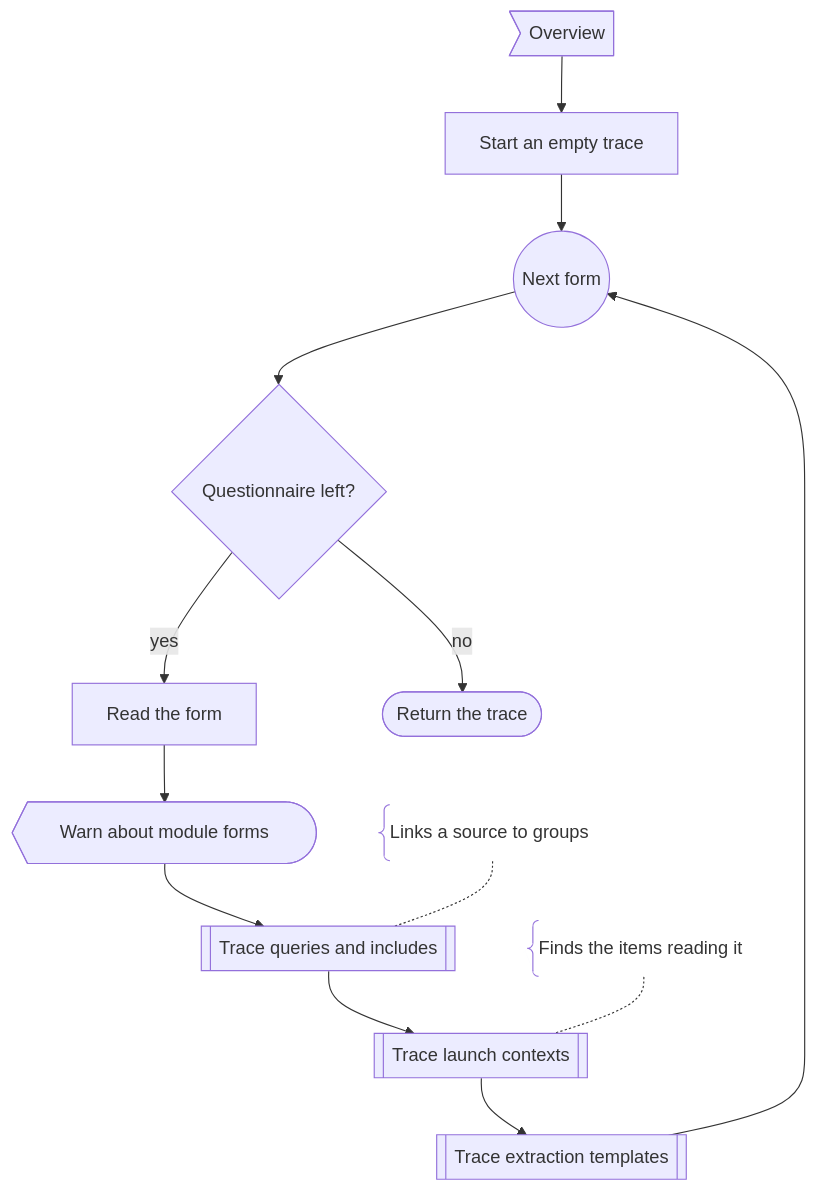
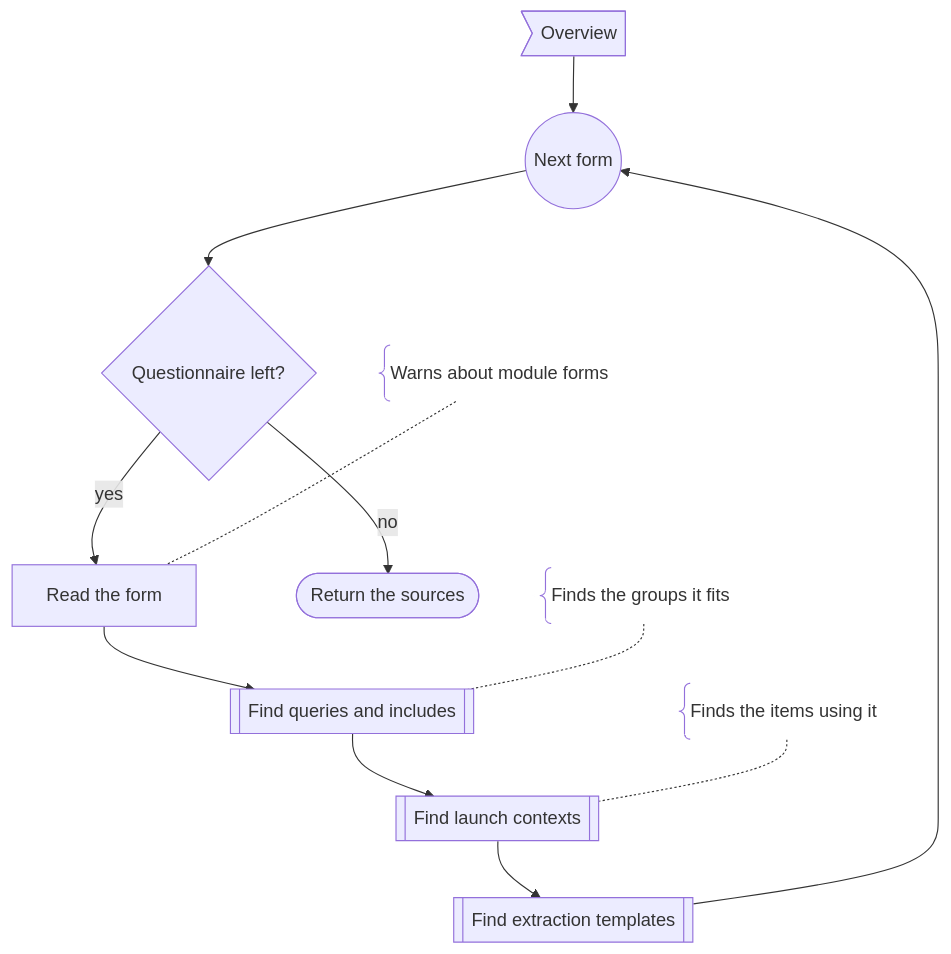
One commit to hl7au/inferno_suite_generator changed the second of 5 diagrams in documentation/questionnaire_usage_tracing.md. Above: the diagram before and after it, drawn with Mermaid. The commit also changed other lines of this file and 28 other files, not shown here.

````diff
--- a/documentation/questionnaire_usage_tracing.md
+++ b/documentation/questionnaire_usage_tracing.md
@@ -80,27 +80,25 @@
 ```mermaid
 flowchart TD
     n0>"Overview"]
-    n1["Start an empty trace"]
-    n2(("Next form"))
-    n3{"Questionnaire left?"}
-    n4["Read the form"]
-    n5@{ shape: curv-trap, label: "Warn about module forms" }
-    n6[["Trace queries and includes"]]
-    n7[["Trace launch contexts"]]
-    n8[["Trace extraction templates"]]
-    n9(["Return the trace"])
-    n10@{ shape: brace, label: "Links a source to groups" }
-    n11@{ shape: brace, label: "Finds the items reading it" }
+    n1(("Next form"))
+    n2{"Questionnaire left?"}
+    n3["Read the form"]
+    n4[["Find queries and includes"]]
+    n5[["Find launch contexts"]]
+    n6[["Find extraction templates"]]
+    n7(["Return the sources"])
+    n8@{ shape: brace, label: "Warns about module forms" }
+    n9@{ shape: brace, label: "Finds the groups it fits" }
+    n10@{ shape: brace, label: "Finds the items using it" }
     n0 --> n1
     n1 --> n2
-    n2 --> n3
-    n3 -->|"yes"| n4
-    n3 -->|"no"| n9
+    n2 -->|"yes"| n3
+    n2 -->|"no"| n7
+    n3 --> n4
     n4 --> n5
     n5 --> n6
-    n6 --> n7
-    n7 --> n8
-    n8 --> n2
-    n10 -.- n6
-    n11 -.- n7
+    n6 --> n1
+    n8 -.- n3
+    n9 -.- n4
+    n10 -.- n5
 ```
````
